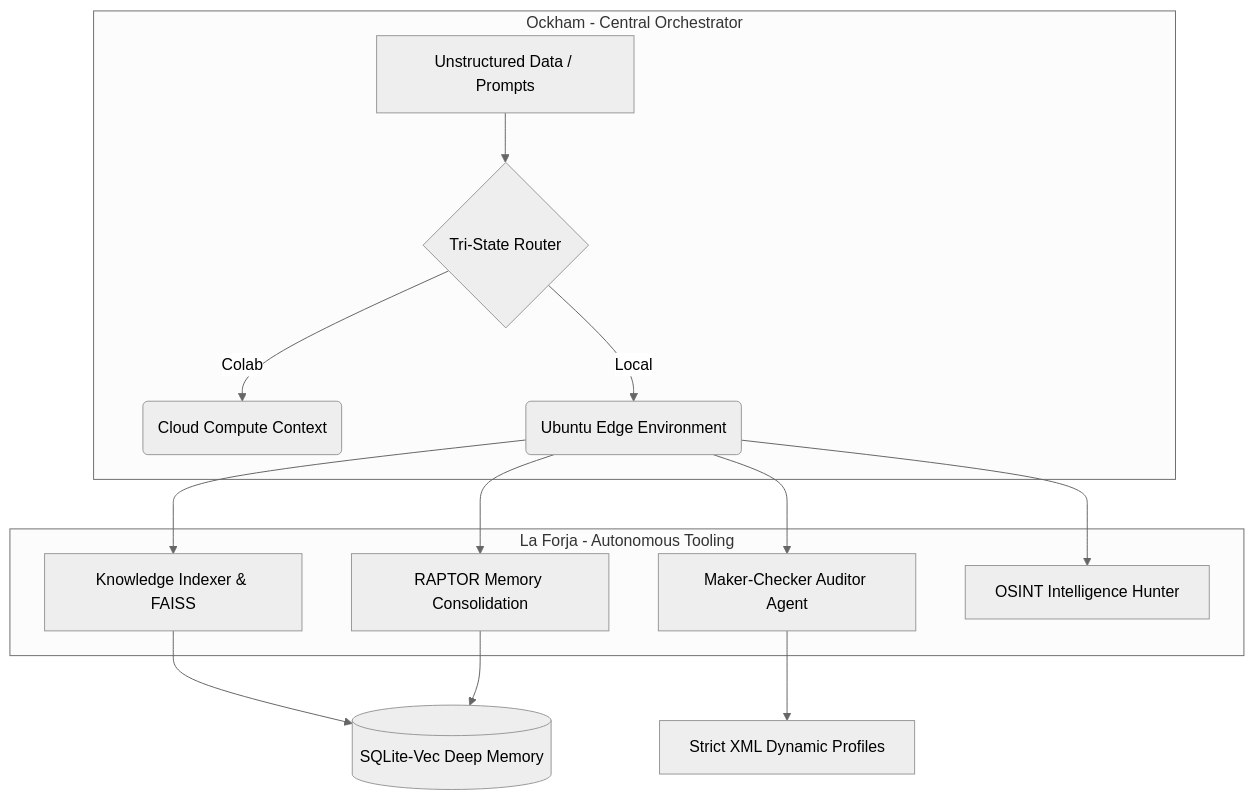
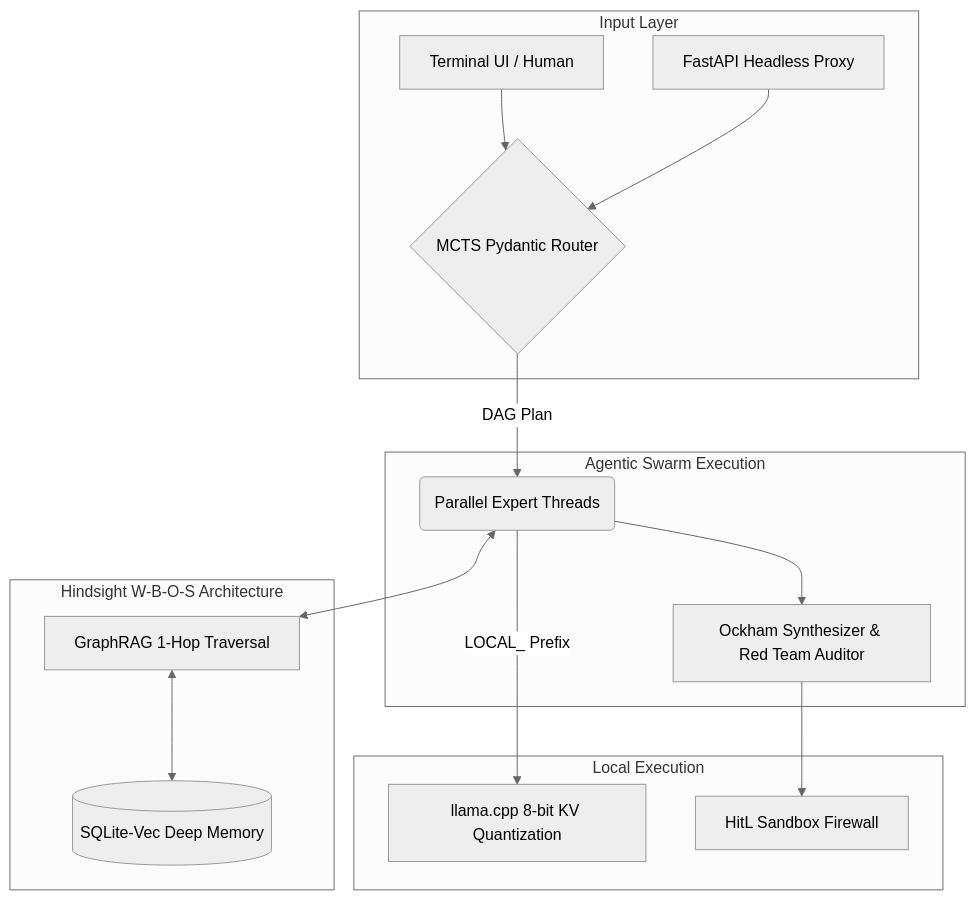
Before and after one commit to rlozanointel/Vromlix-Cognitive-Architecture: the diagram in README.md, drawn with Mermaid (neutral theme). The commit also changed other lines of this file and 4 other files, not shown here.

Commit message:
feat: upgrade to Vromlix Prime v4.0 with MCTS-driven DAG routing, GraphRAG memory, and FastAPI headless support.

````diff
--- a/README.md
+++ b/README.md
@@ -10,19 +10,22 @@
 ```mermaid
 graph TD;
-    subgraph Ockham[Ockham - Central Orchestrator]
-        A[Unstructured Data / Prompts] --> B{Tri-State Router};
-        B -->|Colab| C(Cloud Compute Context);
-        B -->|Local| D(Ubuntu Edge Environment);
+    subgraph Interfaces[Input Layer]
+        A[Terminal UI / Human] --> B{MCTS Pydantic Router};
+        A2[FastAPI Headless Proxy] --> B;
     end
 
-    subgraph La Forja[La Forja - Autonomous Tooling]
-        D --> E[Knowledge Indexer & FAISS];
-        D --> F[Maker-Checker Auditor Agent];
-        D --> G[RAPTOR Memory Consolidation];
-        D --> H[OSINT Intelligence Hunter];
+    subgraph Cognitive Core[Agentic Swarm Execution]
+        B -->|DAG Plan| C(Parallel Expert Threads);
+        C --> D[Ockham Synthesizer & Red Team Auditor];
     end
 
-    E --> I[(SQLite-Vec Deep Memory)]
-    G --> I
-    F --> J[Strict XML Dynamic Profiles]
+    subgraph Sovereign Memory[Hindsight W-B-O-S Architecture]
+        C <--> E[GraphRAG 1-Hop Traversal];
+        E <--> F[(SQLite-Vec Deep Memory)];
+    end
+
+    subgraph Edge Compute[Local Execution]
+        C -->|LOCAL_ Prefix| G[llama.cpp 8-bit KV Quantization];
+        D --> H[HitL Sandbox Firewall];
+    end
 ```
````
